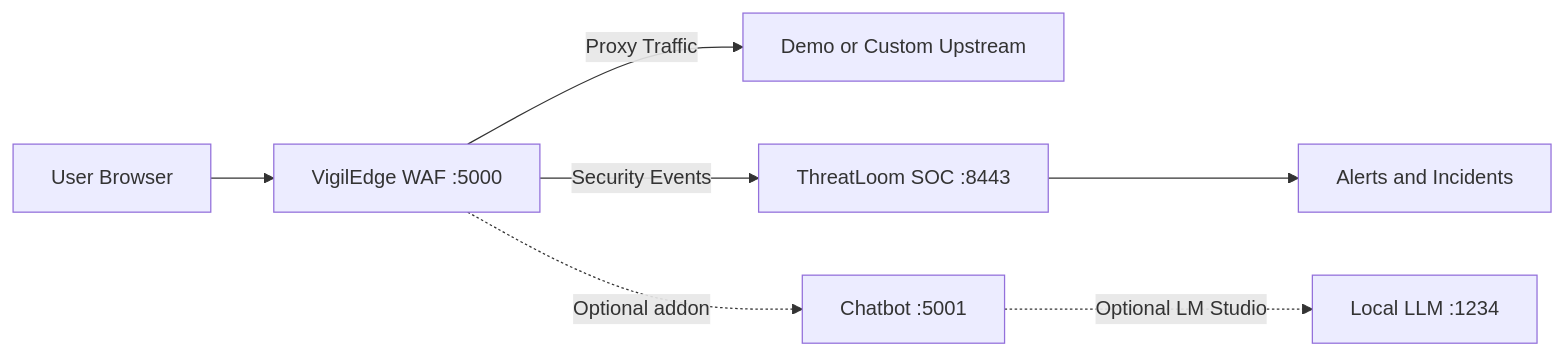
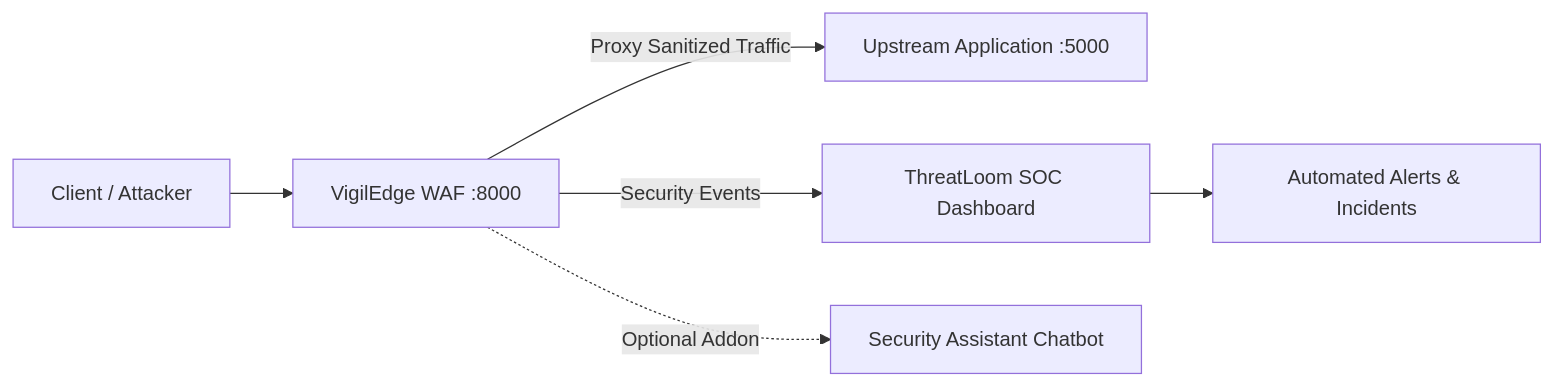
Before and after one commit to Myabyss000/VigilEdge: the diagram in README.md, drawn with Mermaid. The commit also changed other lines of this file, not shown here.

````diff
--- a/README.md
+++ b/README.md
@@ -91,9 +23,8 @@
 ```mermaid
 flowchart LR
-    U[User Browser] --> WAF[VigilEdge WAF :5000]
-    WAF -->|Proxy Traffic| APP[Demo or Custom Upstream]
-    WAF -->|Security Events| TL[ThreatLoom SOC :8443]
-    TL --> INC[Alerts and Incidents]
-    WAF -. Optional addon .-> BOT[Chatbot :5001]
-    BOT -. Optional LM Studio .-> LM[Local LLM :1234]
+    U[Client / Attacker] --> WAF[VigilEdge WAF :8000]
+    WAF -->|Proxy Sanitized Traffic| APP[Upstream Application :5000]
+    WAF -->|Security Events| TL[ThreatLoom SOC Dashboard]
+    TL --> INC[Automated Alerts & Incidents]
+    WAF -. Optional Addon .-> BOT[Security Assistant Chatbot]
 ```
````
